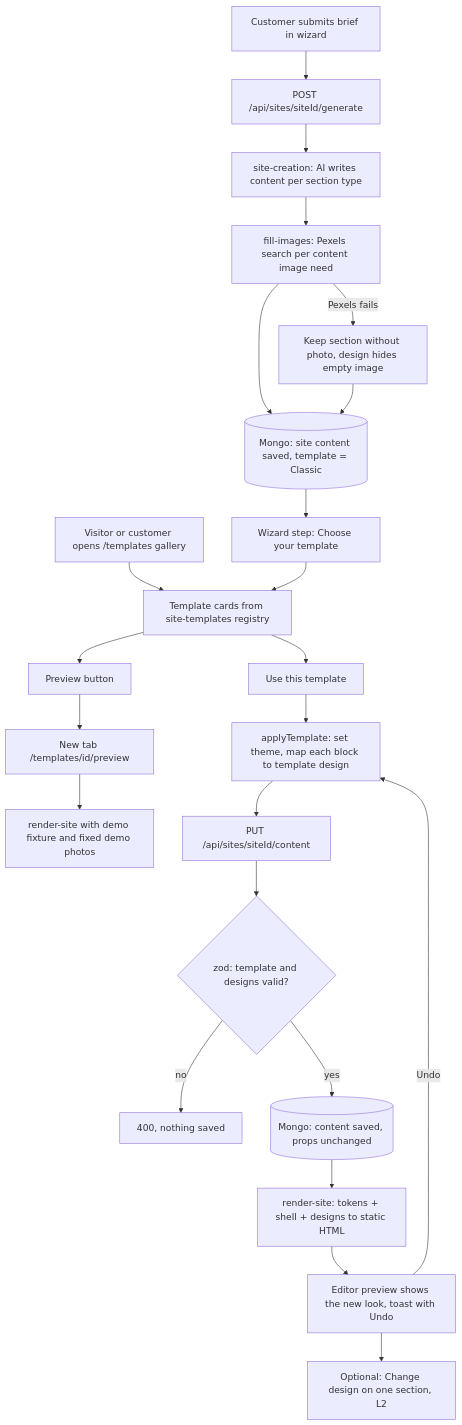
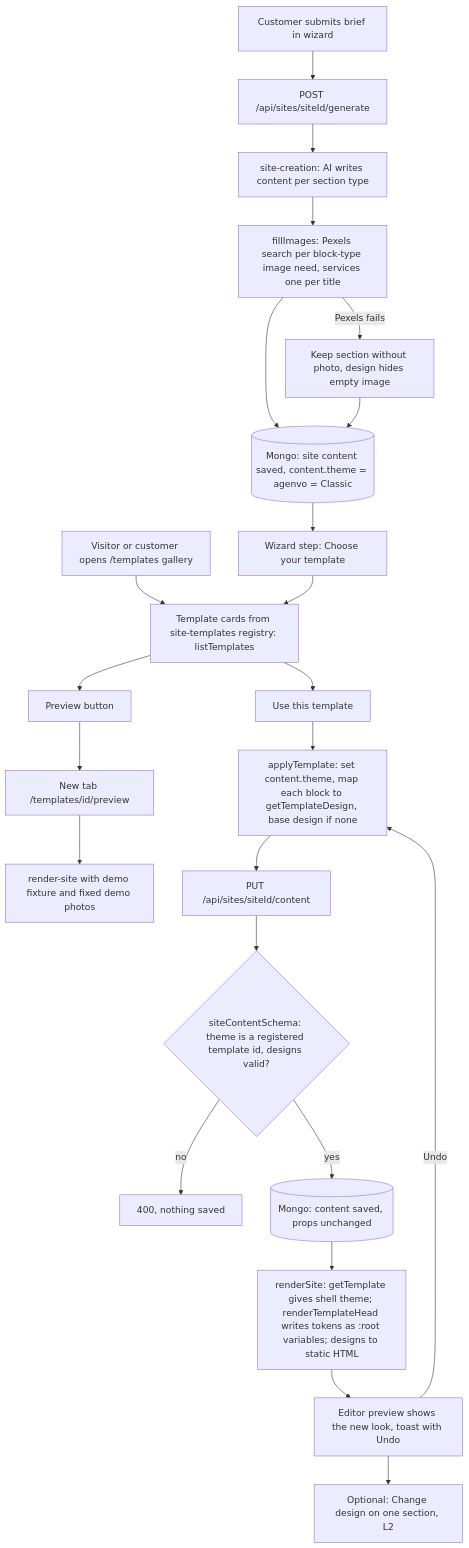
The diagram in docs/flows/templates.md (AhmedElnagarUU/mabilder), drawn with Mermaid before and after one commit. The commit also changed other lines of this file and 19 other files, not shown here.

Commit message:
T1 template model: site-templates registry with Classic, template tokens in page head, applyTemplate, theme validated as template id, content-level image needs, Pexels photos per service

````diff
--- a/docs/flows/templates.md
+++ b/docs/flows/templates.md
@@ -31,27 +36,27 @@
 ```mermaid
 flowchart TD
     A[Customer submits brief in wizard] --> B[POST /api/sites/siteId/generate]
     B --> C[site-creation: AI writes content per section type]
-    C --> D[fill-images: Pexels search per content image need]
+    C --> D[fillImages: Pexels search per block-type image need, services one per title]
     D -->|Pexels fails| D2[Keep section without photo, design hides empty image]
-    D --> E[(Mongo: site content saved, template = Classic)]
+    D --> E[(Mongo: site content saved, content.theme = agenvo = Classic)]
     D2 --> E
     E --> F[Wizard step: Choose your template]
 
-    G[Visitor or customer opens /templates gallery] --> H[Template cards from site-templates registry]
+    G[Visitor or customer opens /templates gallery] --> H[Template cards from site-templates registry: listTemplates]
     F --> H
     H --> I[Preview button]
     I --> J[New tab /templates/id/preview]
     J --> K[render-site with demo fixture and fixed demo photos]
 
     H --> L[Use this template]
-    L --> M[applyTemplate: set theme, map each block to template design]
+    L --> M[applyTemplate: set content.theme, map each block to getTemplateDesign, base design if none]
     M --> N[PUT /api/sites/siteId/content]
-    N --> O{zod: template and designs valid?}
+    N --> O{siteContentSchema: theme is a registered template id, designs valid?}
     O -->|no| P[400, nothing saved]
     O -->|yes| Q[(Mongo: content saved, props unchanged)]
-    Q --> R[render-site: tokens + shell + designs to static HTML]
+    Q --> R[renderSite: getTemplate gives shell theme; renderTemplateHead writes tokens as :root variables; designs to static HTML]
     R --> S[Editor preview shows the new look, toast with Undo]
     S -->|Undo| M
     S --> T[Optional: Change design on one section, L2]
 ```
````
